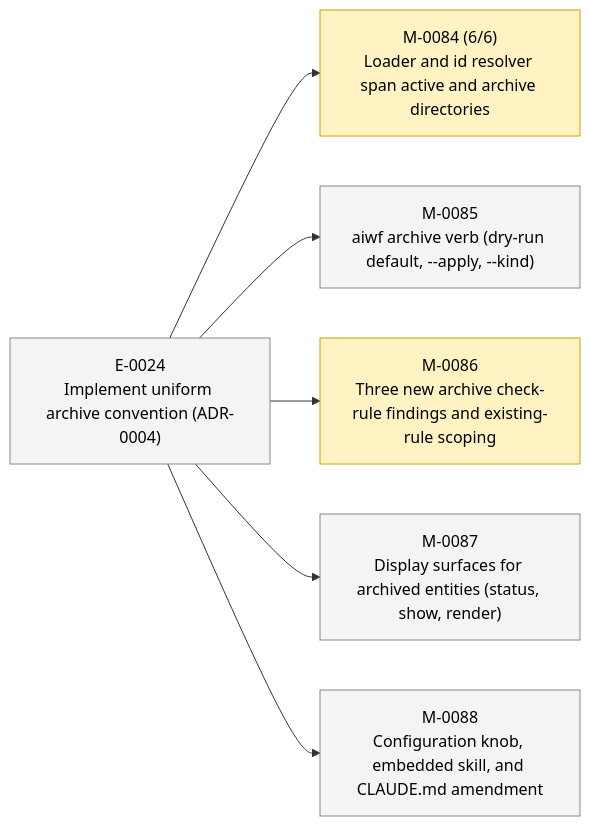
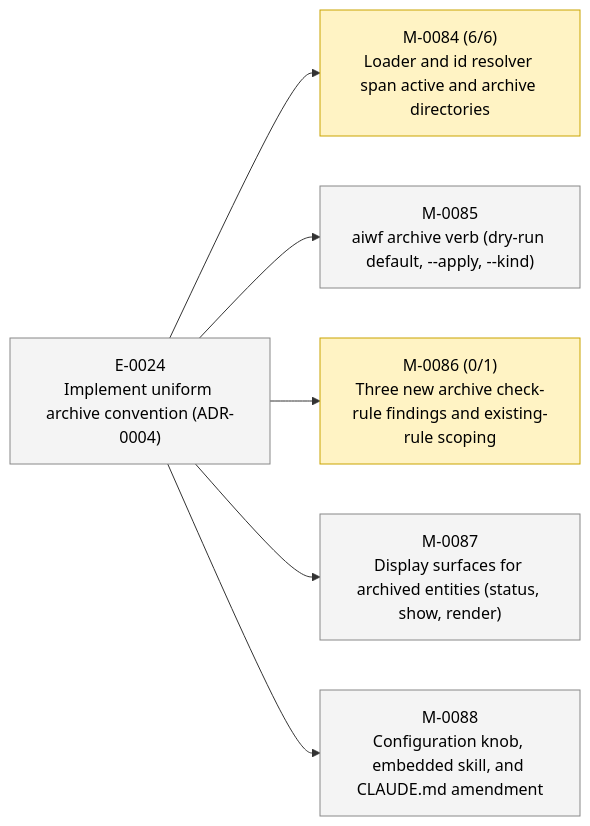
One commit to 23min/aiwf changed the second of 2 diagrams in STATUS.md. Above: the diagram before and after it, drawn with Mermaid. The commit also changed other lines of this file and 1 other file, not shown here.

````diff
--- a/STATUS.md
+++ b/STATUS.md
@@ -49,20 +49,20 @@
 ```mermaid
 flowchart LR
   E_0024["E-0024<br/>Implement uniform archive convention (ADR-0004)"]:::epic_proposed
   M_0084["M-0084 (6/6)<br/>Loader and id resolver span active and archive directories"]:::ms_in_progress
   E_0024 --> M_0084
   M_0085["M-0085<br/>aiwf archive verb (dry-run default, --apply, --kind)"]:::ms_draft
   E_0024 --> M_0085
-  M_0086["M-0086<br/>Three new archive check-rule findings and existing-rule scoping"]:::ms_in_progress
+  M_0086["M-0086 (0/1)<br/>Three new archive check-rule findings and existing-rule scoping"]:::ms_in_progress
   E_0024 --> M_0086
   M_0087["M-0087<br/>Display surfaces for archived entities (status, show, render)"]:::ms_draft
   E_0024 --> M_0087
   M_0088["M-0088<br/>Configuration knob, embedded skill, and CLAUDE.md amendment"]:::ms_draft
   E_0024 --> M_0088
   classDef epic_active fill:#d6eaff,stroke:#1a73e8,color:#000
   classDef epic_proposed fill:#f4f4f4,stroke:#888,color:#000
   classDef ms_done fill:#d8f5d8,stroke:#2a8a2a,color:#000
   classDef ms_in_progress fill:#fff3c4,stroke:#caa400,color:#000
   classDef ms_draft fill:#f4f4f4,stroke:#888,color:#000
   classDef ms_cancelled fill:#fbeaea,stroke:#c33,color:#000
 ```
````
